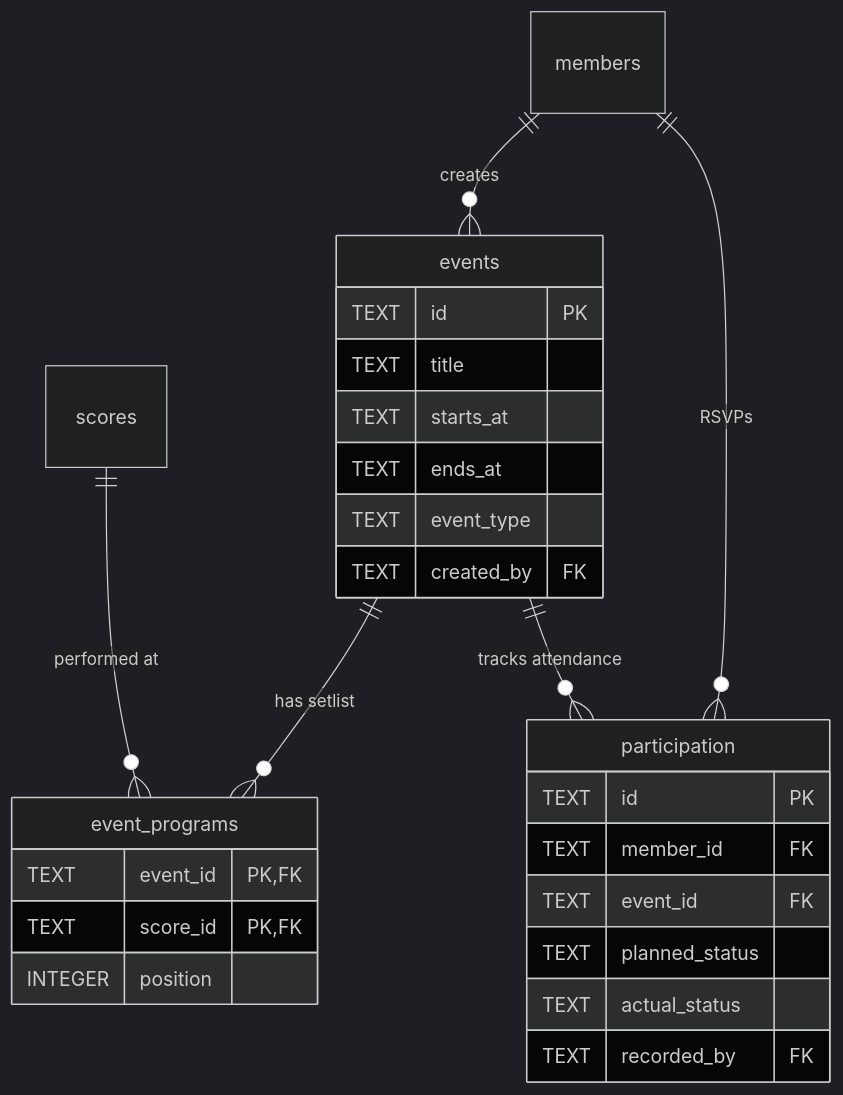
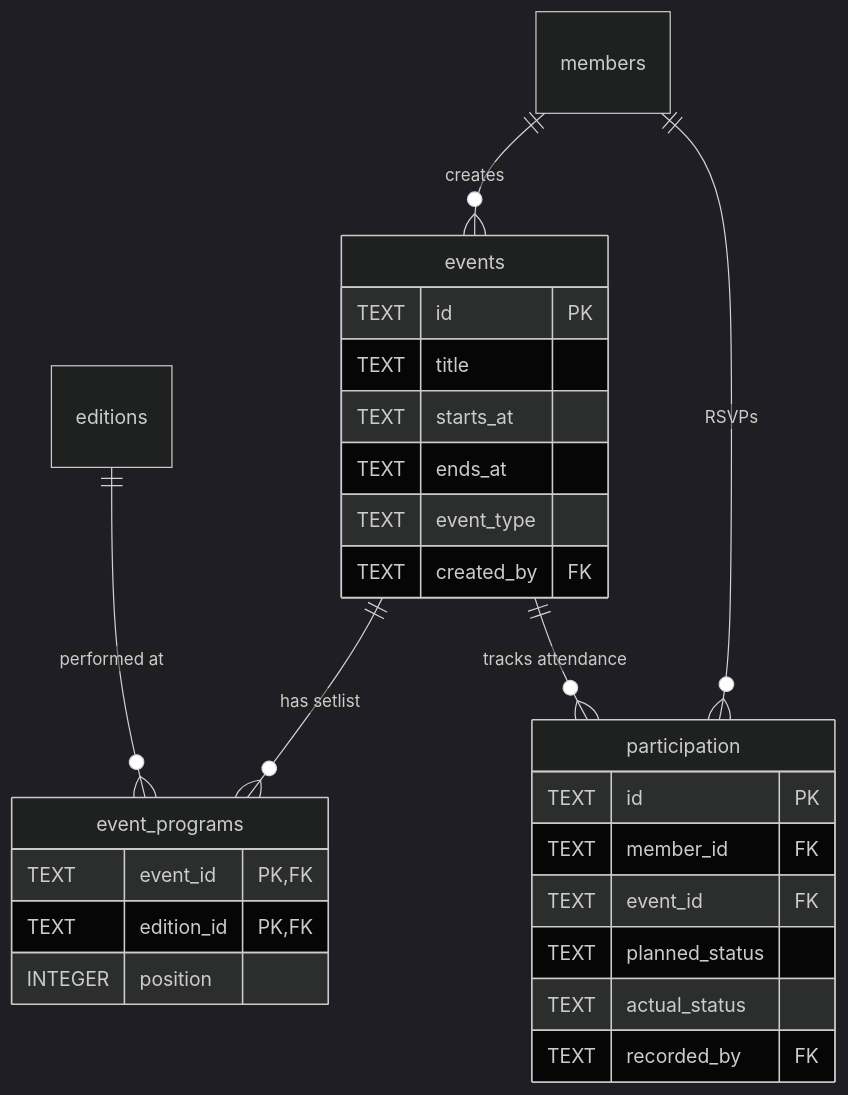
The sixth of 6 diagrams in docs/DATABASE-SCHEMA.md (mitselek/polyphony), drawn with Mermaid (dark theme) before and after one commit. The commit also changed other lines of this file and 8 other files, not shown here.

First line of the commit message:
feat(#136): Rename event_programs.score_id to edition_id

````diff
--- a/docs/DATABASE-SCHEMA.md
+++ b/docs/DATABASE-SCHEMA.md
@@ -522,32 +522,32 @@
 ```mermaid
 erDiagram
     members ||--o{ events : "creates"
     members ||--o{ participation : "RSVPs"
     events ||--o{ event_programs : "has setlist"
     events ||--o{ participation : "tracks attendance"
-    scores ||--o{ event_programs : "performed at"
+    editions ||--o{ event_programs : "performed at"
 
     events {
         TEXT id PK
         TEXT title
         TEXT starts_at
         TEXT ends_at
         TEXT event_type
         TEXT created_by FK
     }
 
     event_programs {
         TEXT event_id PK,FK
-        TEXT score_id PK,FK
+        TEXT edition_id PK,FK
         INTEGER position
     }
 
     participation {
         TEXT id PK
         TEXT member_id FK
         TEXT event_id FK
         TEXT planned_status
         TEXT actual_status
         TEXT recorded_by FK
     }
 ```
````
